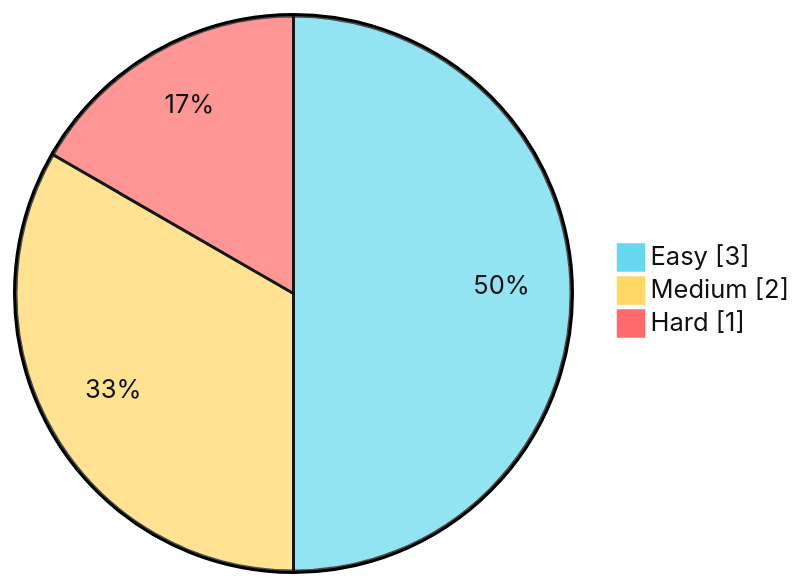
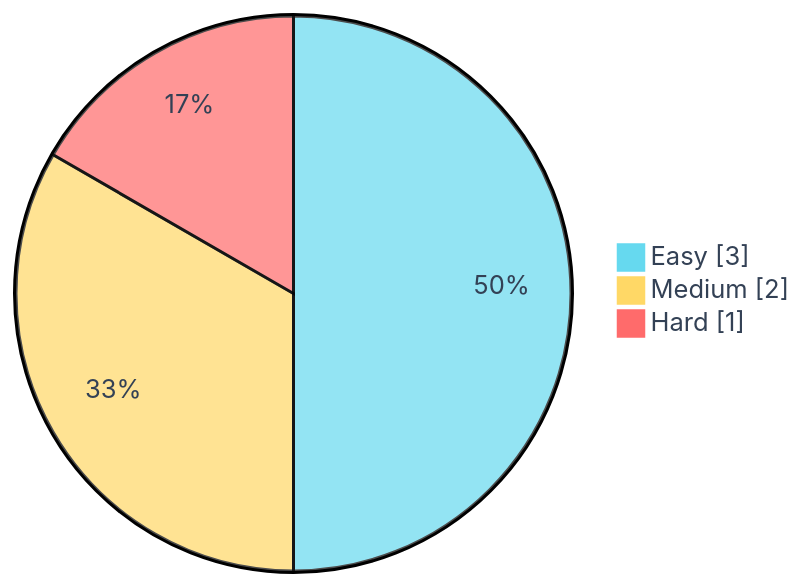
Before and after one commit to hinata-koizumi/leetcode-journey: the diagram in README.md, drawn with Mermaid. The commit also changed 1 other file, not shown here.

Commit message:
Adjust Mermaid chart label colors for better readability.

````diff
--- a/README.md
+++ b/README.md
@@ -18,7 +18,7 @@
 ```mermaid
-%%{init: {"theme":"base","themeVariables":{"pie1":"#66d9ef","pie2":"#ffd866","pie3":"#ff6b6b","pieSectionTextColor":"#111111","pieLegendTextColor":"#111111"}}}%%
+%%{init: {"theme":"base","themeVariables":{"pie1":"#66d9ef","pie2":"#ffd866","pie3":"#ff6b6b","pieSectionTextColor":"#334155","pieLegendTextColor":"#334155"}}}%%
 pie showData
     "Easy" : 3
     "Medium" : 2
     "Hard" : 1
 ```
````
